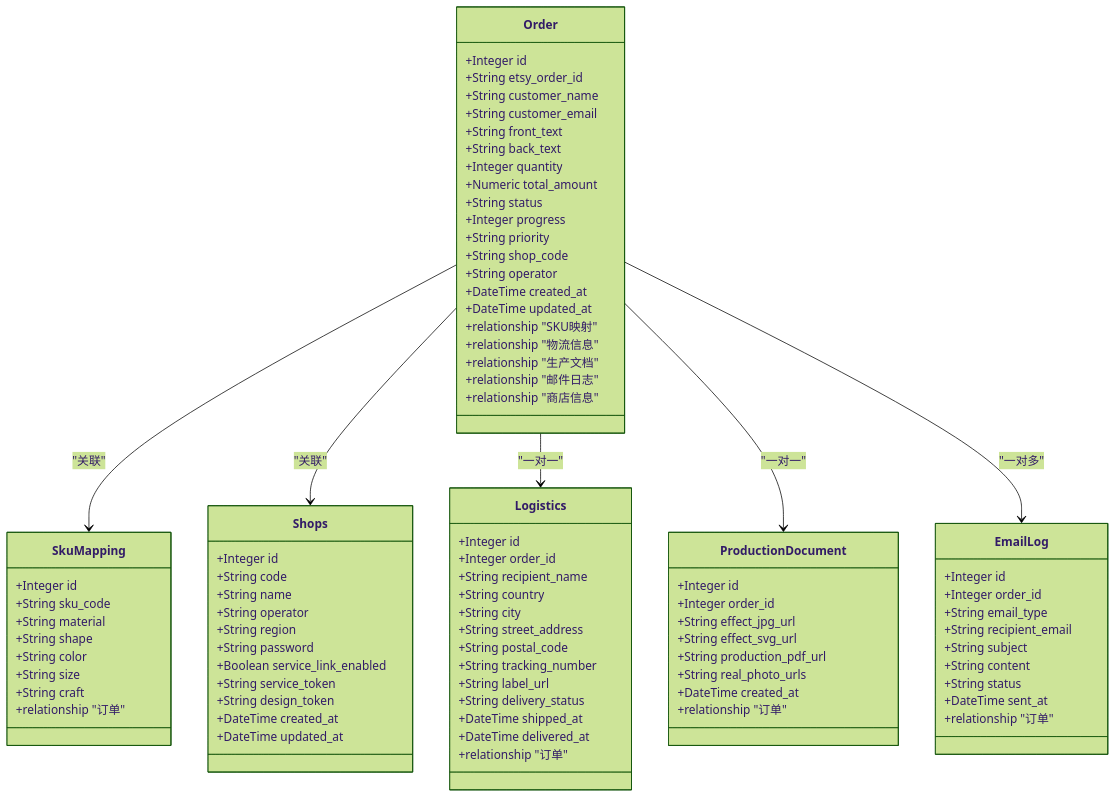
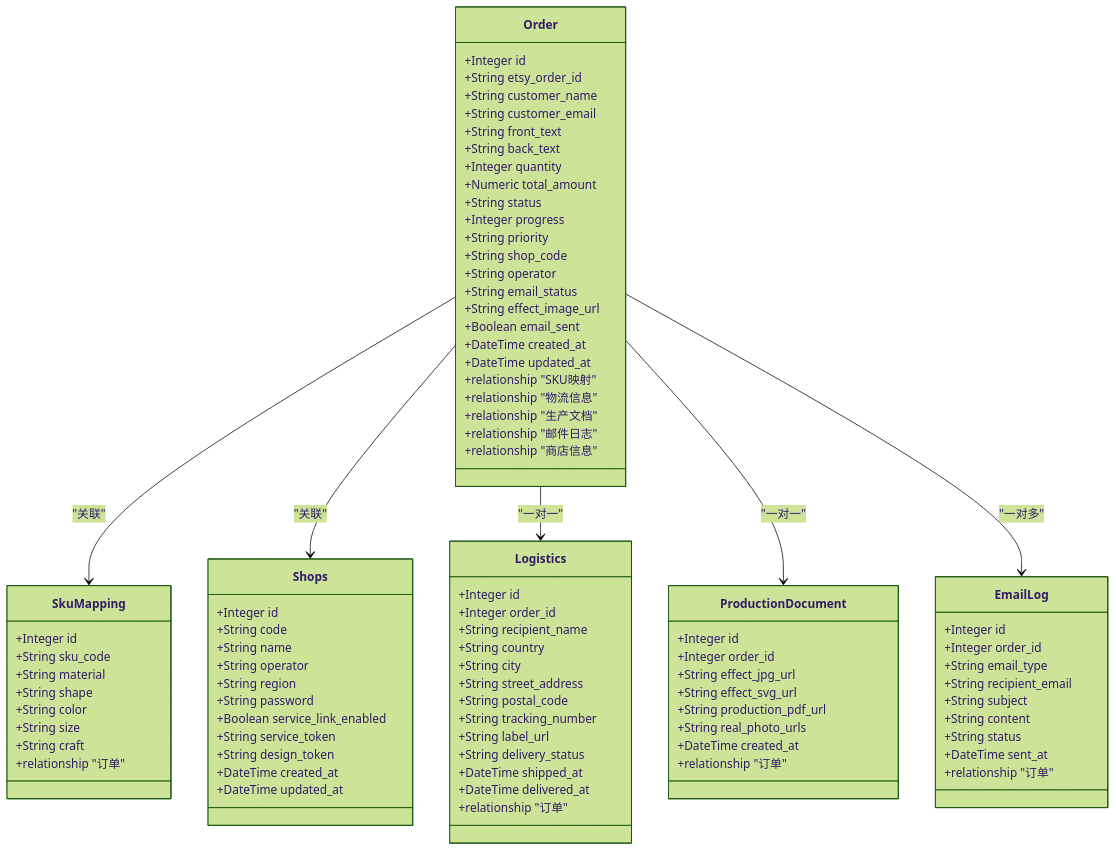
One commit to SY6621/POD-Order-Management changed the second of 13 diagrams in .qoder/repowiki/zh/content/开发指南/订单处理工作流增强.md. Above: the diagram before and after it, drawn with Mermaid (forest theme). The commit also changed other lines of this file and 18 other files, not shown here.

```diff
--- a/.qoder/repowiki/zh/content/开发指南/订单处理工作流增强.md
+++ b/.qoder/repowiki/zh/content/开发指南/订单处理工作流增强.md
@@ -129,6 +136,9 @@
 +String priority
 +String shop_code
 +String operator
++String email_status
++String effect_image_url
++Boolean email_sent
 +DateTime created_at
 +DateTime updated_at
 +relationship "SKU映射"
```
